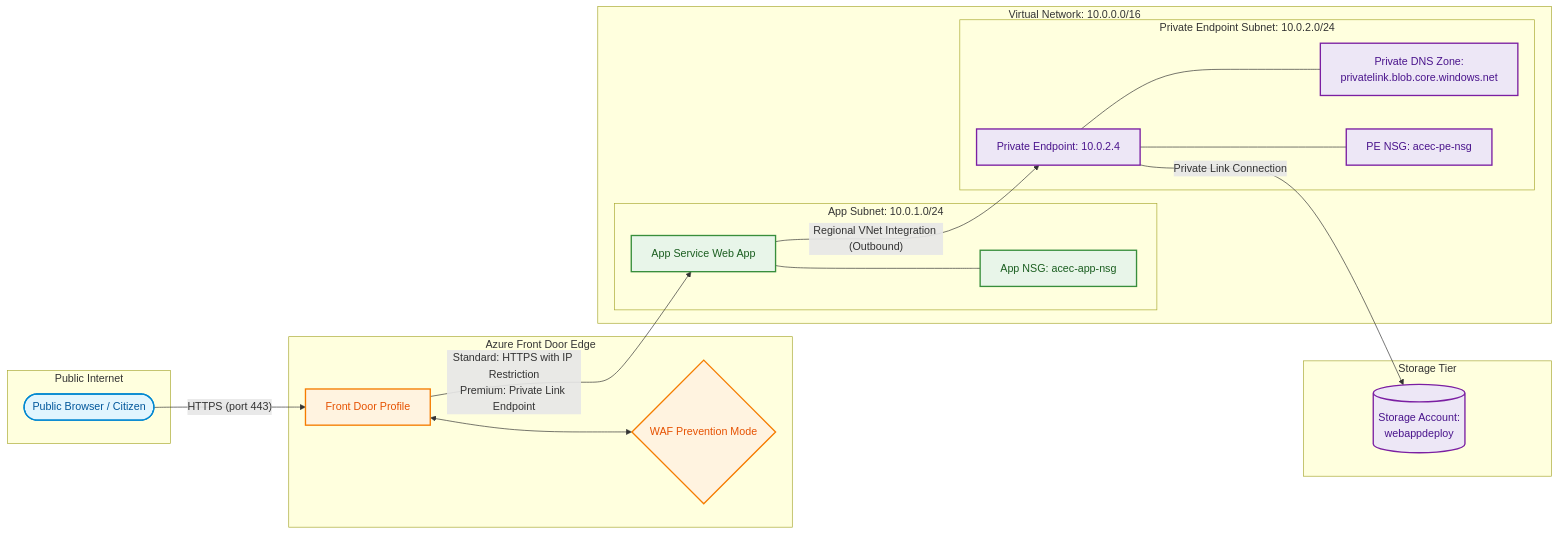
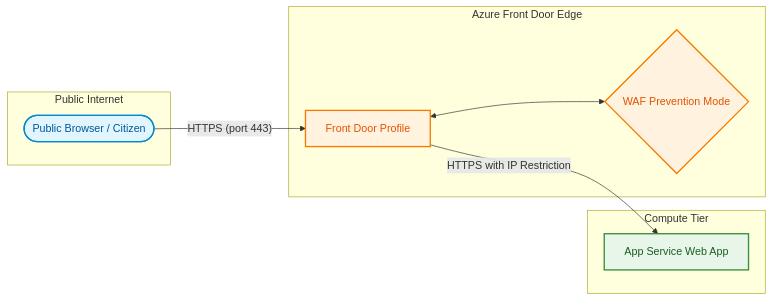
One commit to DFE-Digital/accessing-childcare-entitlement-checker changed the diagram in docs/content/architecture/04-network-architecture.md. Above: the diagram before and after it, drawn with Mermaid. The commit also changed other lines of this file and 9 other files, not shown here.

````diff
--- a/docs/content/architecture/04-network-architecture.md
+++ b/docs/content/architecture/04-network-architecture.md
@@ -17,51 +17,28 @@
 ```mermaid
 flowchart LR
     %% Class Definitions for Visual Tier Classification
     classDef public fill:#E1F5FE,stroke:#0288D1,stroke-width:2px,color:#01579B;
     classDef edge fill:#FFF3E0,stroke:#F57C00,stroke-width:2px,color:#E65100;
-    classDef vnet fill:#E8F5E9,stroke:#388E3C,stroke-width:2px,color:#1B5E20;
-    classDef storage fill:#EDE7F6,stroke:#7B1FA2,stroke-width:2px,color:#4A148C;
+    classDef app fill:#E8F5E9,stroke:#388E3C,stroke-width:2px,color:#1B5E20;
 
     subgraph Internet [Public Internet]
         User([Public Browser / Citizen])
     end
     class User public;
 
     subgraph Edge [Azure Front Door Edge]
         FD[Front Door Profile]
         WAF{WAF Prevention Mode}
         FD <--> WAF
     end
     class FD,WAF edge;
 
-    subgraph VNet [Virtual Network: 10.0.0.0/16]
-        subgraph AppSubnet [App Subnet: 10.0.1.0/24]
-            App[App Service Web App]
-            AppNSG[App NSG: acec-app-nsg]
-            App --- AppNSG
-        end
-        class App,AppNSG vnet;
-
-        subgraph PESubnet [Private Endpoint Subnet: 10.0.2.0/24]
-            PE[Private Endpoint: 10.0.2.4]
-            DNS[Private DNS Zone:<br>privatelink.blob.core.windows.net]
-            PENSG[PE NSG: acec-pe-nsg]
-            PE --- DNS
-            PE --- PENSG
-        end
-        class PE,DNS,PENSG storage;
+    subgraph Compute [Compute Tier]
+        App[App Service Web App]
     end
-
-    subgraph Backend [Storage Tier]
-        SA[(Storage Account:<br>webappdeploy)]
-    end
-    class SA storage;
+    class App app;
 
     %% Ingress Flow
     User -- "HTTPS (port 443)" --> FD
-    FD -- "Standard: HTTPS with IP Restriction<br>Premium: Private Link Endpoint" --> App
-    
-    %% Egress & Storage Integration Flow
-    App -- "Regional VNet Integration (Outbound)" --> PE
-    PE -- "Private Link Connection" --> SA
+    FD -- "HTTPS with IP Restriction" --> App
 ```
````
